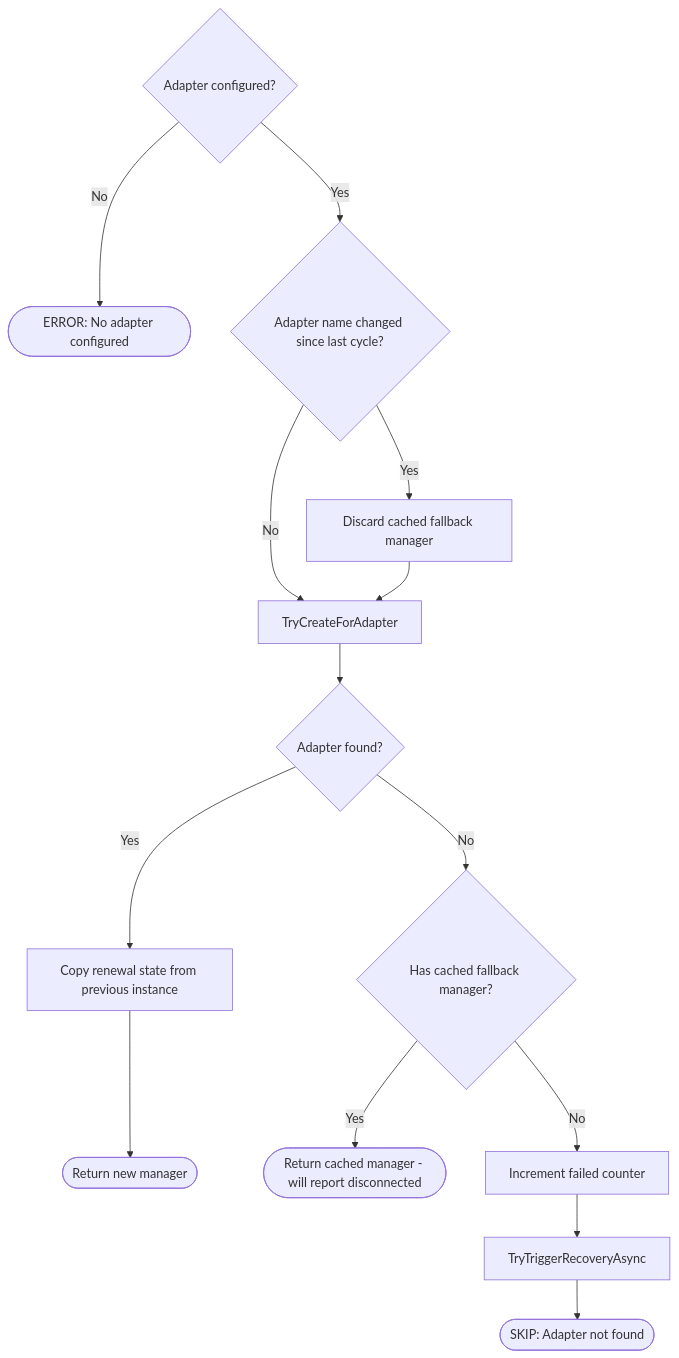
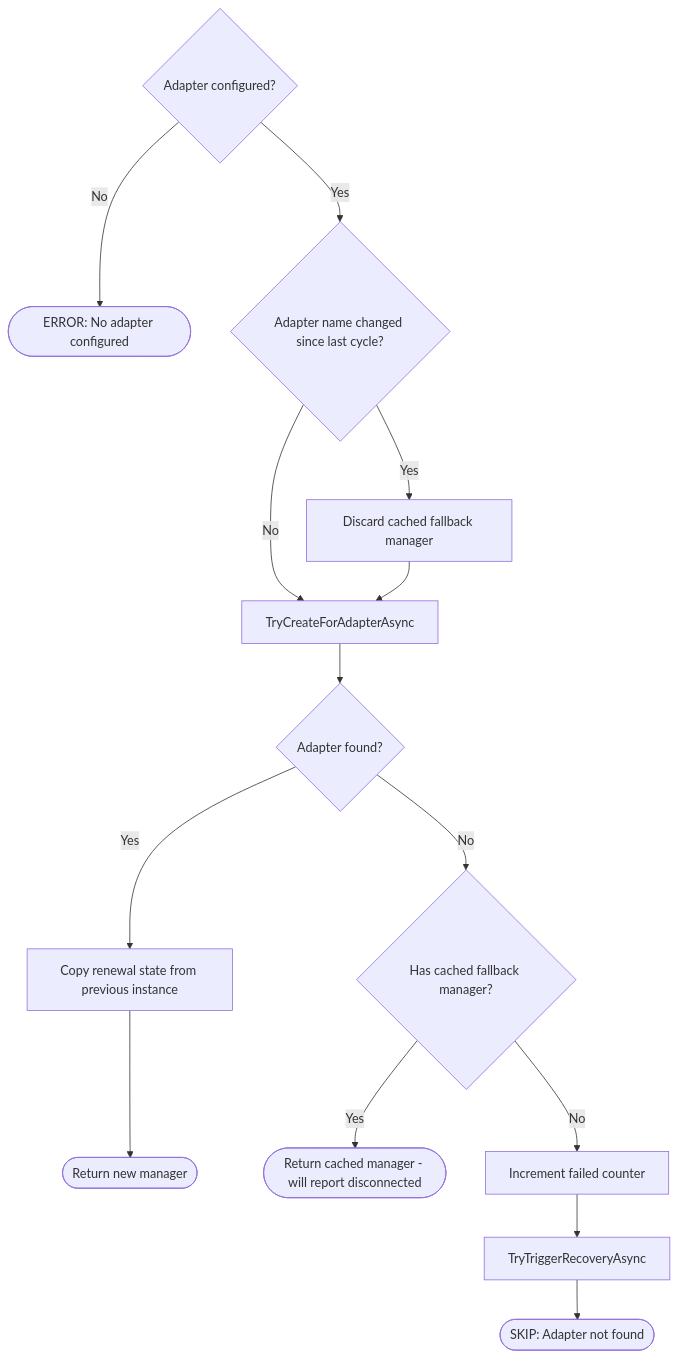
One commit to martsg666/qbPortWeaver changed the second of 2 diagrams in docs/SYNC-CYCLE.md. Above: the diagram before and after it, drawn with Mermaid. The commit also changed 4 other files, not shown here.

````diff
--- a/docs/SYNC-CYCLE.md
+++ b/docs/SYNC-CYCLE.md
@@ -78,16 +78,16 @@
 ```mermaid
 flowchart TD
     A{Adapter configured?} -- No --> ERR([ERROR: No adapter configured])
     A -- Yes --> B{Adapter name changed since last cycle?}
     B -- Yes --> DISCARD[Discard cached fallback manager]
     B -- No --> C
-    DISCARD --> C[TryCreateForAdapter]
+    DISCARD --> C[TryCreateForAdapterAsync]
     C --> D{Adapter found?}
     D -- Yes --> COPY[Copy renewal state from previous instance]
     COPY --> RETURN([Return new manager])
     D -- No --> E{Has cached fallback manager?}
     E -- Yes --> FALLBACK([Return cached manager - will report disconnected])
     E -- No --> F[Increment failed counter]
     F --> G[TryTriggerRecoveryAsync]
     G --> SKIP_STATUS([SKIP: Adapter not found])
 ```
````
